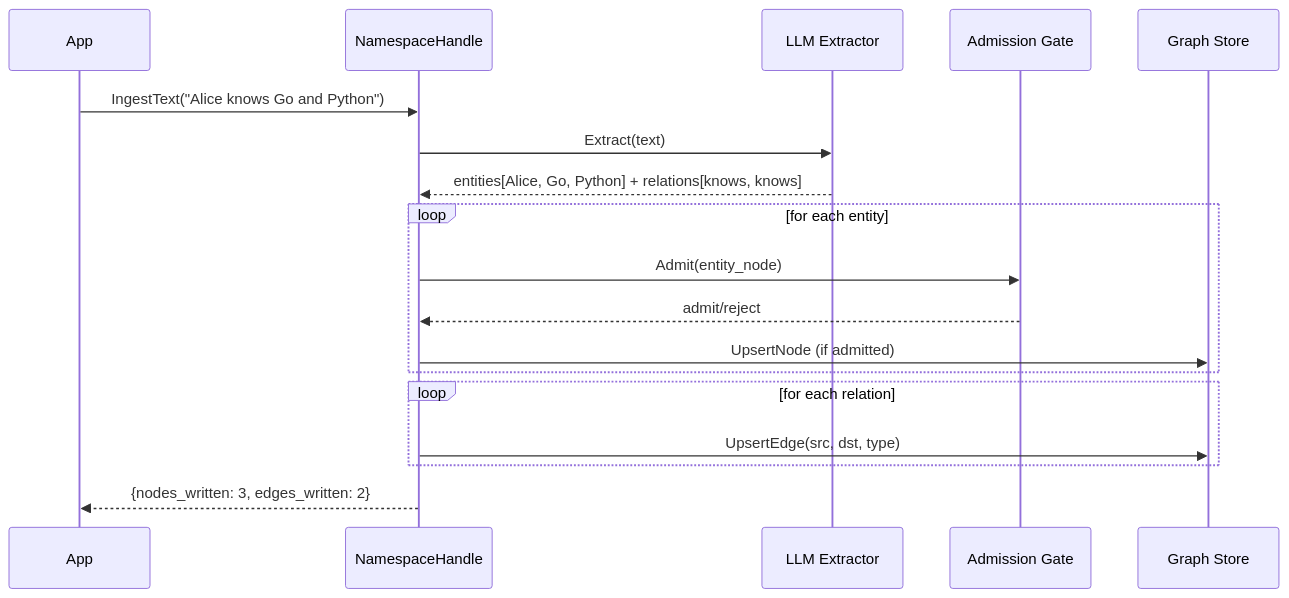
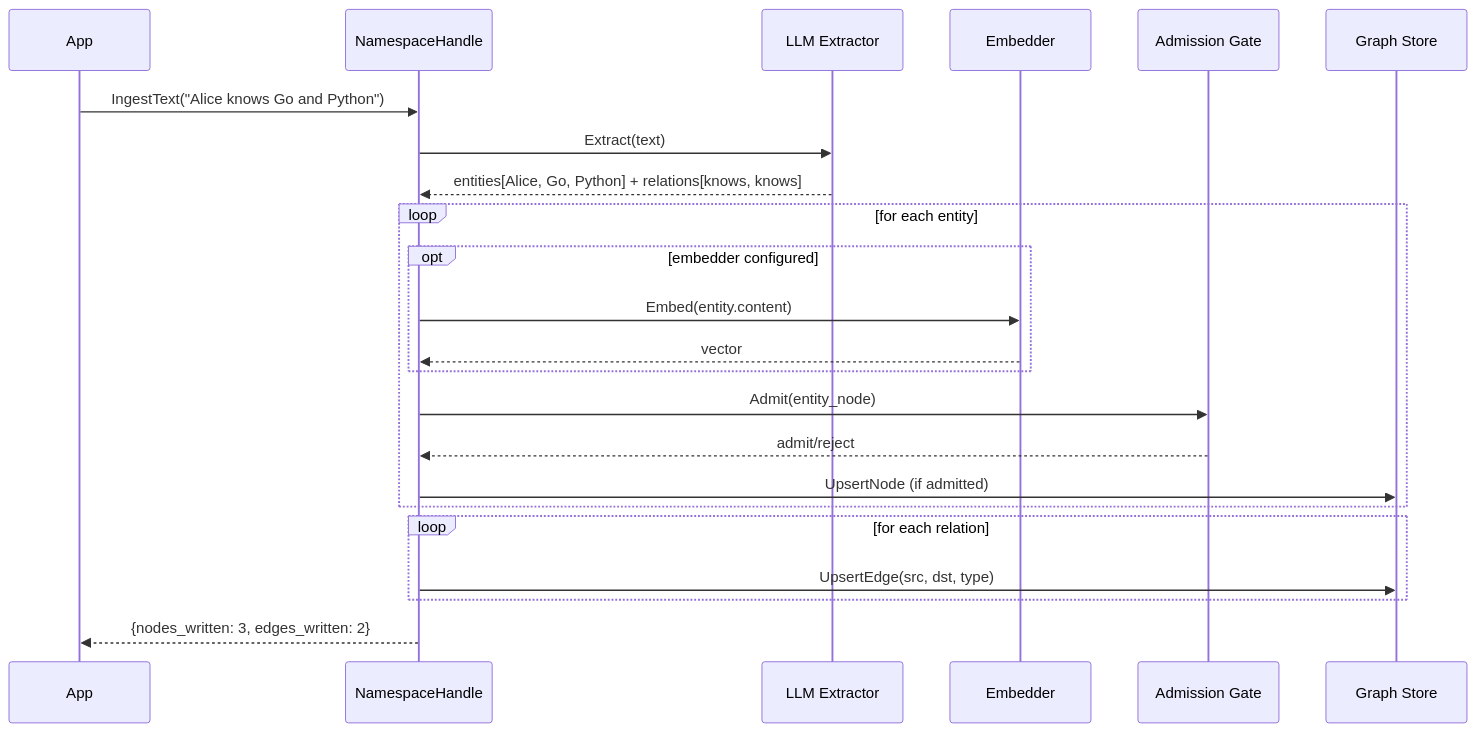
The second of 2 diagrams in docs/architecture/write-path.md (antiartificial/contextdb), drawn with Mermaid before and after one commit. The commit also changed other lines of this file and 18 other files, not shown here.

````diff
--- a/docs/architecture/write-path.md
+++ b/docs/architecture/write-path.md
@@ -87,24 +116,29 @@
 ```mermaid
 sequenceDiagram
     participant App
     participant NS as NamespaceHandle
     participant EX as LLM Extractor
+    participant EMB as Embedder
     participant ADM as Admission Gate
     participant GR as Graph Store
 
     App->>NS: IngestText("Alice knows Go and Python")
     NS->>EX: Extract(text)
     EX-->>NS: entities[Alice, Go, Python] + relations[knows, knows]
 
     loop for each entity
+        opt embedder configured
+            NS->>EMB: Embed(entity.content)
+            EMB-->>NS: vector
+        end
         NS->>ADM: Admit(entity_node)
         ADM-->>NS: admit/reject
         NS->>GR: UpsertNode (if admitted)
     end
 
     loop for each relation
         NS->>GR: UpsertEdge(src, dst, type)
     end
 
     NS-->>App: {nodes_written: 3, edges_written: 2}
 ```
````
